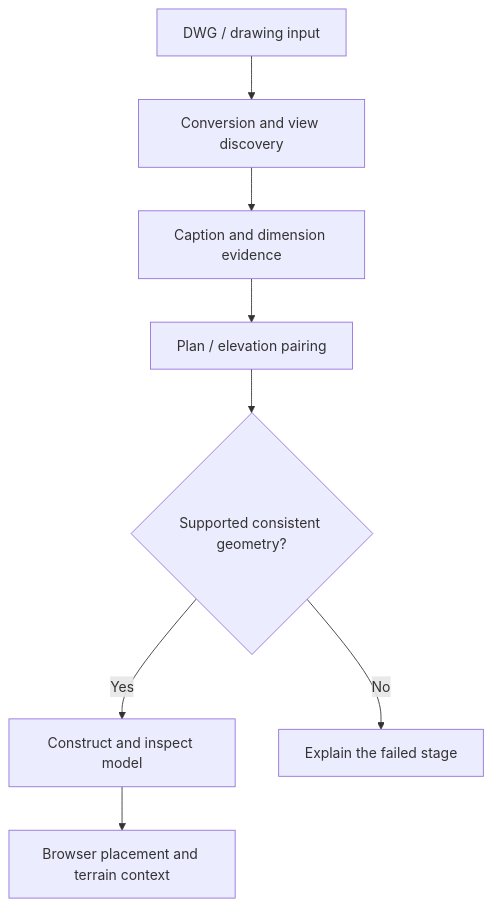
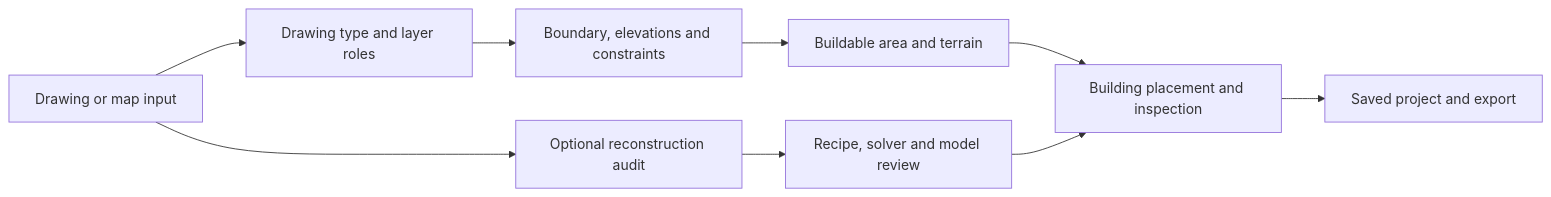
One commit to Eye172/aedexa-showcase changed the diagram in README.md. Above: the diagram before and after it, drawn with Mermaid. The commit also changed other lines of this file and 5 other files, not shown here.

````diff
--- a/README.md
+++ b/README.md
@@ -58,10 +110,11 @@
-~~~mermaid
-flowchart TD
- A[DWG / drawing input] --> B[Conversion and view discovery]
- B --> C[Caption and dimension evidence]
- C --> D[Plan / elevation pairing]
- D --> E{Supported consistent geometry?}
- E -->|Yes| F[Construct and inspect model]
- E -->|No| G[Explain the failed stage]
- F --> H[Browser placement and terrain context]
-~~~
+```mermaid
+flowchart LR
+ A[Drawing or map input] --> B[Drawing type and layer roles]
+ B --> C[Boundary, elevations and constraints]
+ C --> D[Buildable area and terrain]
+ D --> E[Building placement and inspection]
+ E --> F[Saved project and export]
+ A --> G[Optional reconstruction audit]
+ G --> H[Recipe, solver and model review]
+ H --> E
+```
````
